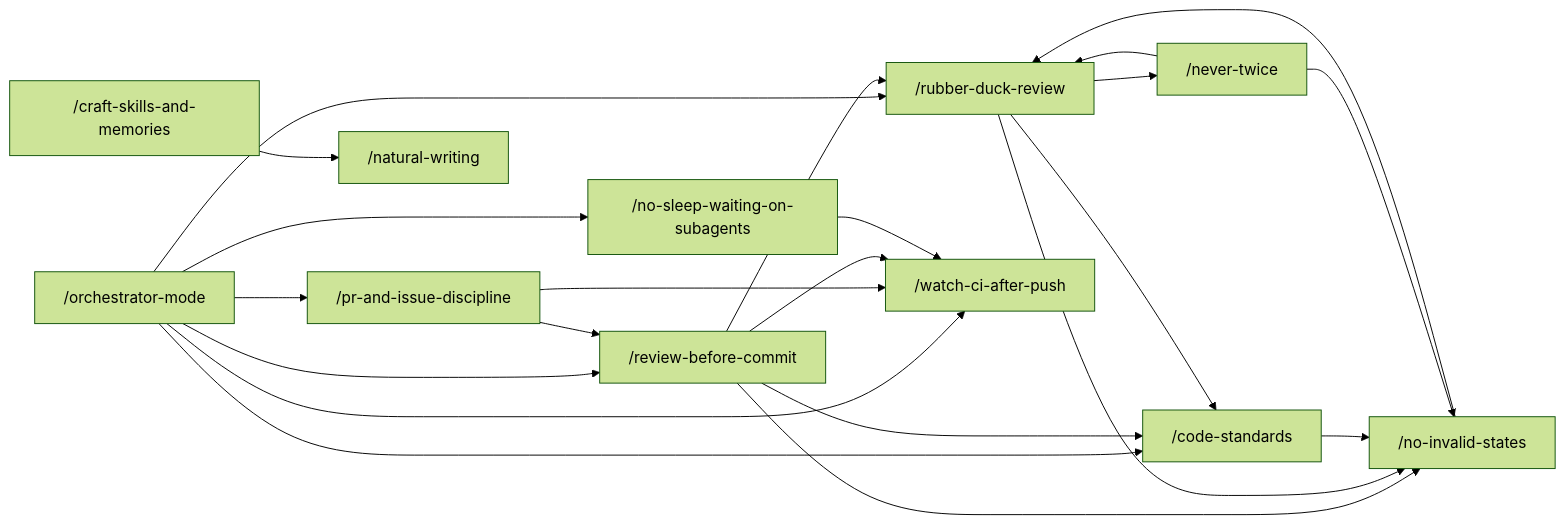
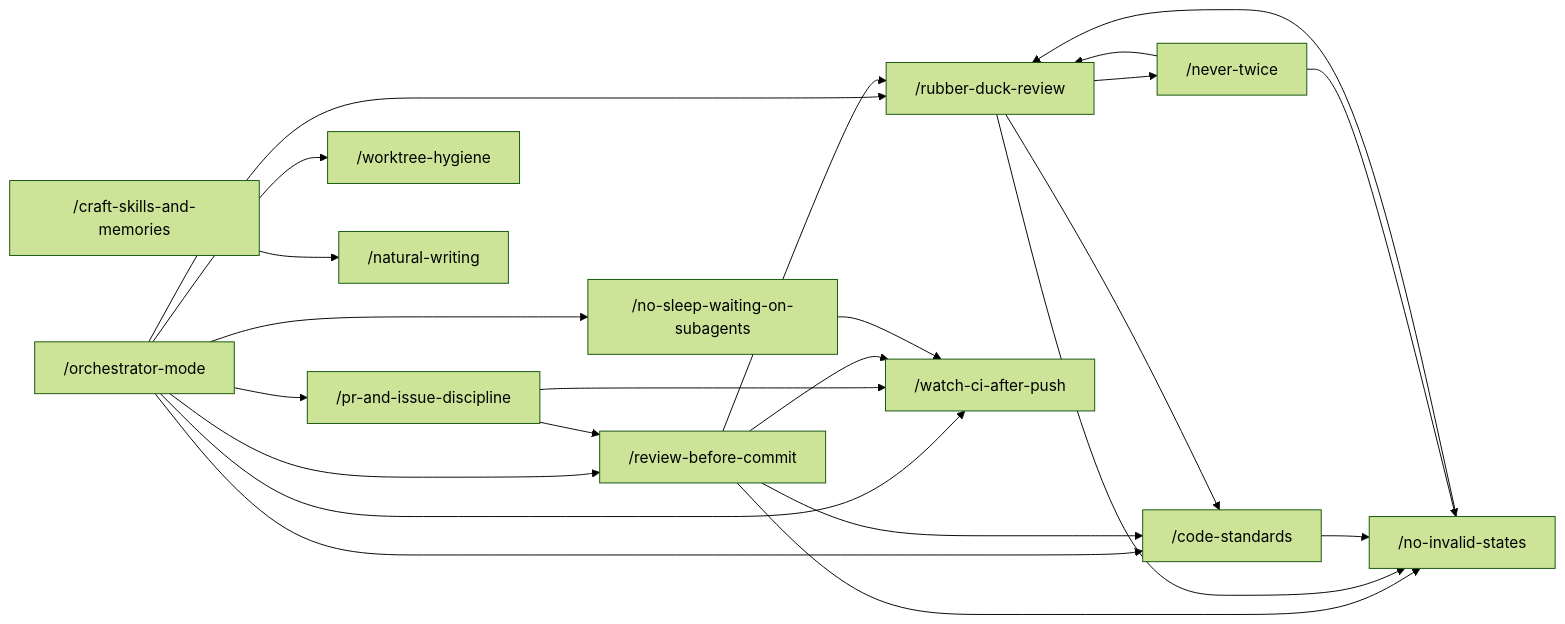
One commit to Vivswan/skills changed the diagram in README.md. Above: the diagram before and after it, drawn with Mermaid (forest theme). The commit also changed other lines of this file and 13 other files, not shown here.

First line of the commit message:
feat: extract worktree hygiene into a standalone skill (#62)

````diff
--- a/README.md
+++ b/README.md
@@ -36,24 +37,25 @@
 ```mermaid
 graph LR
   om["/orchestrator-mode"] --> rdr["/rubber-duck-review"]
   om --> rbc["/review-before-commit"]
   om --> wca["/watch-ci-after-push"]
   om --> cs["/code-standards"]
   om --> pid["/pr-and-issue-discipline"]
+  om --> wh["/worktree-hygiene"]
   pid --> wca
   pid --> rbc
   rbc --> rdr
   rbc --> wca
   rbc --> cs
   rbc --> nis["/no-invalid-states"]
   rdr --> cs
   rdr --> nis
   rdr --> nt
   nis --> rdr
   cs --> nis
   nt["/never-twice"] --> rdr
   nt --> nis
   om --> nsw["/no-sleep-waiting-on-subagents"]
   nsw --> wca
   csm["/craft-skills-and-memories"] --> nw["/natural-writing"]
 ```
````
